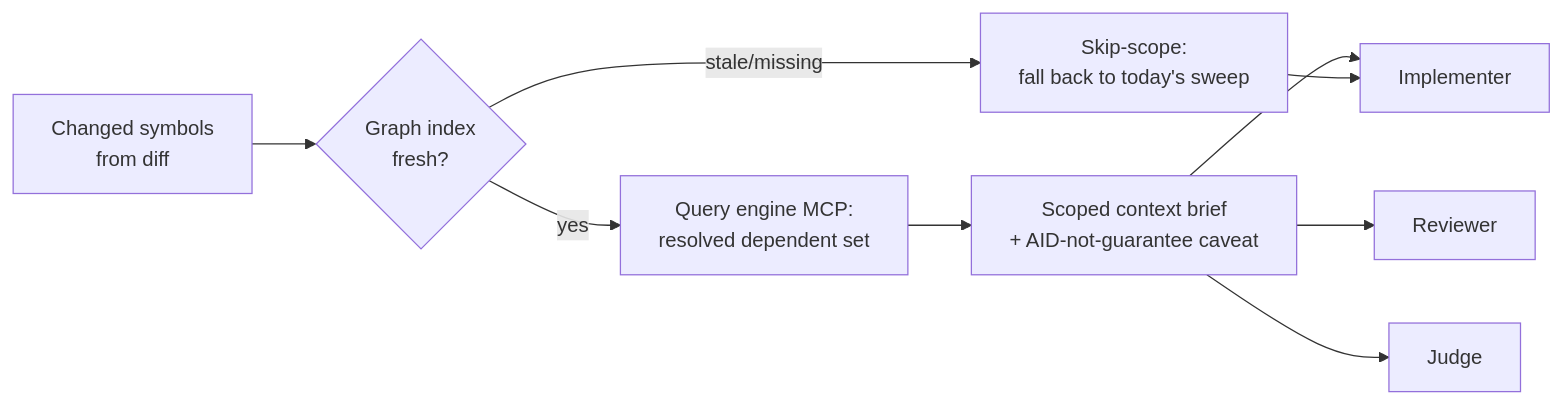
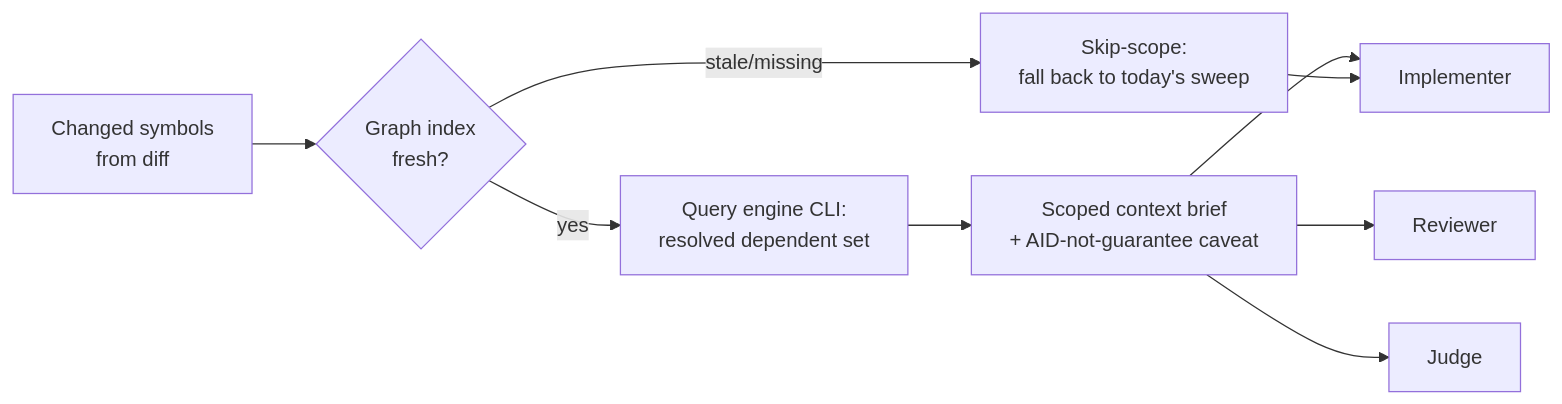
One commit to weftwiseink/clauthier changed the diagram in cdocs/proposals/2026-09-17-graphify-cdocs-integration.md. Above: the diagram before and after it, drawn with Mermaid. The commit also changed other lines of this file, not shown here.

First line of the commit message:
docs(cdocs): lock the near-term graphify scoping surface CLI-first

````diff
--- a/cdocs/proposals/2026-09-17-graphify-cdocs-integration.md
+++ b/cdocs/proposals/2026-09-17-graphify-cdocs-integration.md
@@ -58,11 +58,11 @@
 ```mermaid
 flowchart LR
   D[Changed symbols<br/>from diff] --> Q{Graph index<br/>fresh?}
-  Q -->|yes| G[Query engine MCP:<br/>resolved dependent set]
+  Q -->|yes| G[Query engine CLI:<br/>resolved dependent set]
   Q -->|stale/missing| S[Skip-scope:<br/>fall back to today's sweep]
   G --> C[Scoped context brief<br/>+ AID-not-guarantee caveat]
   C --> I[Implementer]
   C --> R[Reviewer]
   C --> J[Judge]
   S --> I
 ```
````
